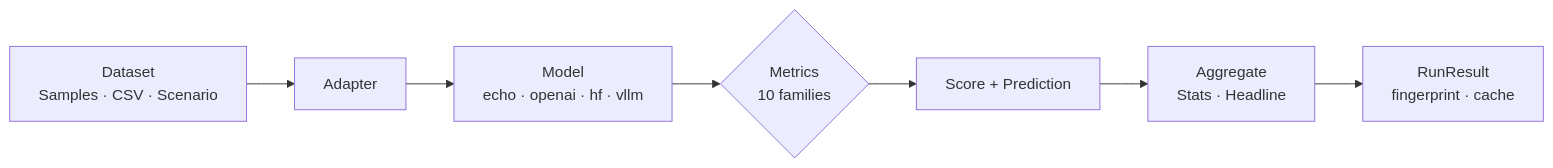
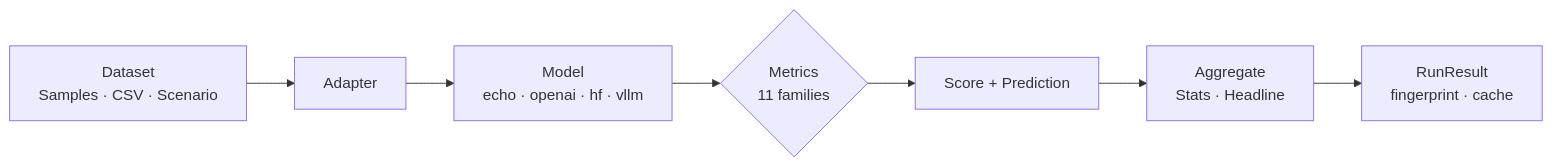
One commit to Lexsi-Labs/AuditKIT changed the diagram in docs/index.md. Above: the diagram before and after it, drawn with Mermaid. The commit also changed 38 other files, not shown here.

````diff
--- a/docs/index.md
+++ b/docs/index.md
@@ -32,9 +32,9 @@
 ```mermaid
 flowchart LR
     A["Dataset<br/>Samples · CSV · Scenario"] --> B["Adapter"]
     B --> C["Model<br/>echo · openai · hf · vllm"]
-    C --> D{"Metrics<br/>10 families"}
+    C --> D{"Metrics<br/>11 families"}
     D --> E["Score + Prediction"]
     E --> F["Aggregate<br/>Stats · Headline"]
     F --> G["RunResult<br/>fingerprint · cache"]
 ```
````
